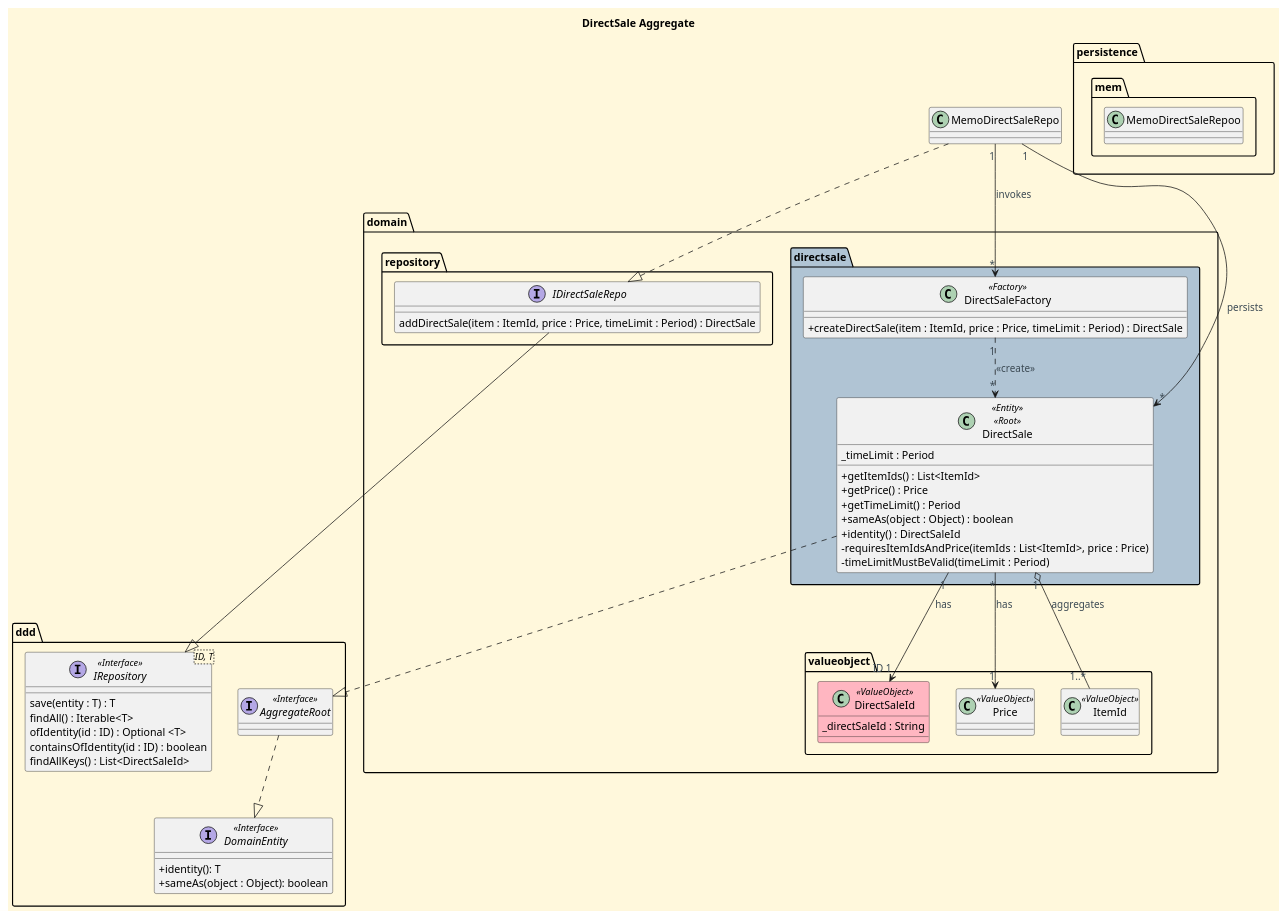
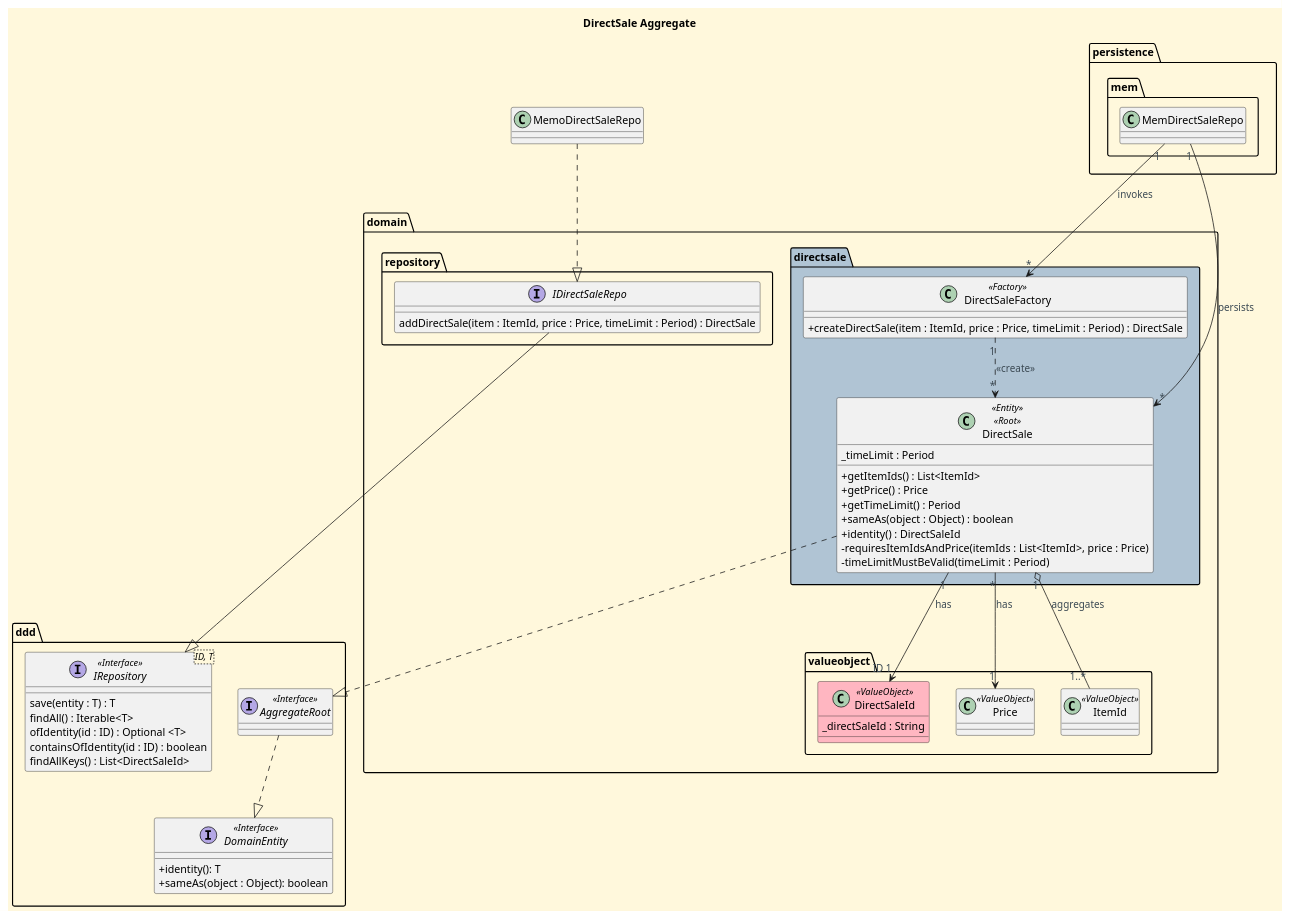
Before and after one commit to CarolinaLeite-collab/JavaMarketplacePlatform: the diagram in docs/aggregates-diagrams/DirectSale_Aggregate.puml, drawn with PlantUML.

Commit message:
refactor: renames MemoDirectSaleRepo to MemDirectSaleRepo in DirectSale aggregate diagram, refs #622

```diff
--- a/docs/aggregates-diagrams/DirectSale_Aggregate.puml
+++ b/docs/aggregates-diagrams/DirectSale_Aggregate.puml
@@ -1,101 +1,101 @@
 @startuml
 
 '==== Title ====
 title DirectSale Aggregate
 top to bottom direction
 
 '==== basic style ====
 skinparam monochrome false
 skinparam shadowing false
 skinparam defaultFontName Futura
 skinparam objectFontSize 20
 skinparam backgroundColor CornSilk
 skinparam objectBackgroundColor WhiteSmoke
 skinparam noteBackgroundColor #FFFFE0
 skinparam ArrowFontColor #3B4953
 skinparam ActivationBackgroundColor black
 skinparam classAttributeIconSize 0
 
 
 ' ===== Domain =====
 Package "domain" {
 
     Package "directsale" #b0c4d4 {
         class DirectSale <<Entity>> <<Root>> {
             _timeLimit : Period
             +getItemIds() : List<ItemId>
             +getPrice() : Price
             +getTimeLimit() : Period
             +sameAs(object : Object) : boolean
             +identity() : DirectSaleId
             -requiresItemIdsAndPrice(itemIds : List<ItemId>, price : Price)
             -timeLimitMustBeValid(timeLimit : Period)
             }
 
             class DirectSaleFactory <<Factory>> {
             + createDirectSale(item : ItemId, price : Price, timeLimit : Period) : DirectSale
             }
 }
     Package "repository" {
         interface IDirectSaleRepo{
         addDirectSale(item : ItemId, price : Price, timeLimit : Period) : DirectSale
         }
     }
 
     Package "valueobject" {
     '== Value Objects (Ids) ==
         class DirectSaleId <<ValueObject>> #LightPink{
         _directSaleId : String
         }
     ' ===== Value Objects =====
         class Price <<ValueObject>>
         class ItemId <<ValueObject>>
     }
 }
 
 Package "persistence" {
     Package "mem"{
-        class MemoDirectSaleRepoo{
+        class MemDirectSaleRepo{
         }
     }
 }
 
 Package "ddd" {
 
     interface IRepository<ID, T> <<Interface>> {
     save(entity : T) : T
     findAll() : Iterable<T>
     ofIdentity(id : ID) : Optional <T>
     containsOfIdentity(id : ID) : boolean
     findAllKeys() : List<DirectSaleId>
     }
 
     interface AggregateRoot <<Interface>> {
     }
 
     interface DomainEntity <<Interface>>{
     +identity(): T
     +sameAs(object : Object): boolean
     }
 }
 
 
 DirectSale "1" --> "ID 1" DirectSaleId : has
 
-MemoDirectSaleRepo "1" --> "*" DirectSaleFactory : invokes
-MemoDirectSaleRepo "1" --> "*" DirectSale : persists
+MemDirectSaleRepo "1" --> "*" DirectSaleFactory : invokes
+MemDirectSaleRepo "1" --> "*" DirectSale : persists
 
 DirectSale "*" --> "1" Price : has
 DirectSale "1" o--  "1..*" ItemId : aggregates
 
 ' ===== Factory =====
 DirectSaleFactory "1" ..> "*" DirectSale : <<create>>
 
 
 ' ===== Repository =====
 AggregateRoot ..|> DomainEntity
 IDirectSaleRepo --|> IRepository
 MemoDirectSaleRepo ..|> IDirectSaleRepo
 DirectSale ..|> AggregateRoot
 
 @enduml
```
